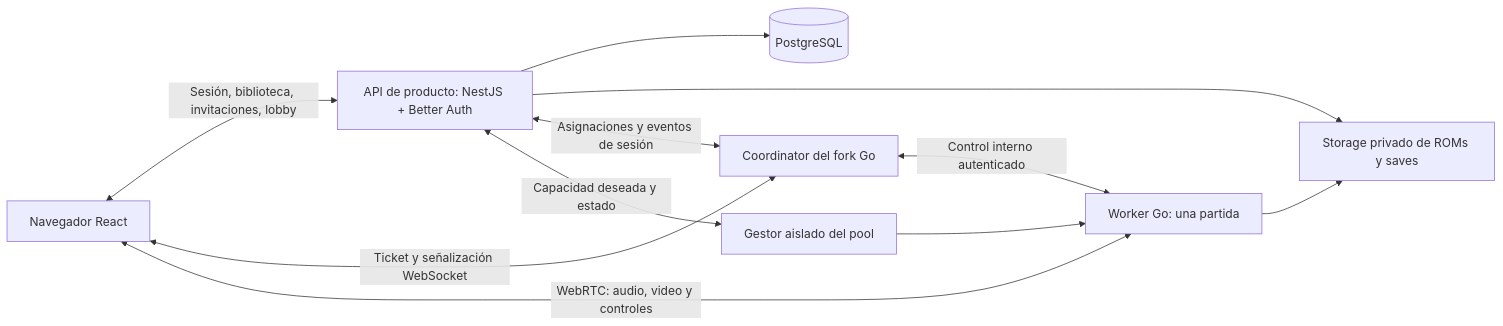
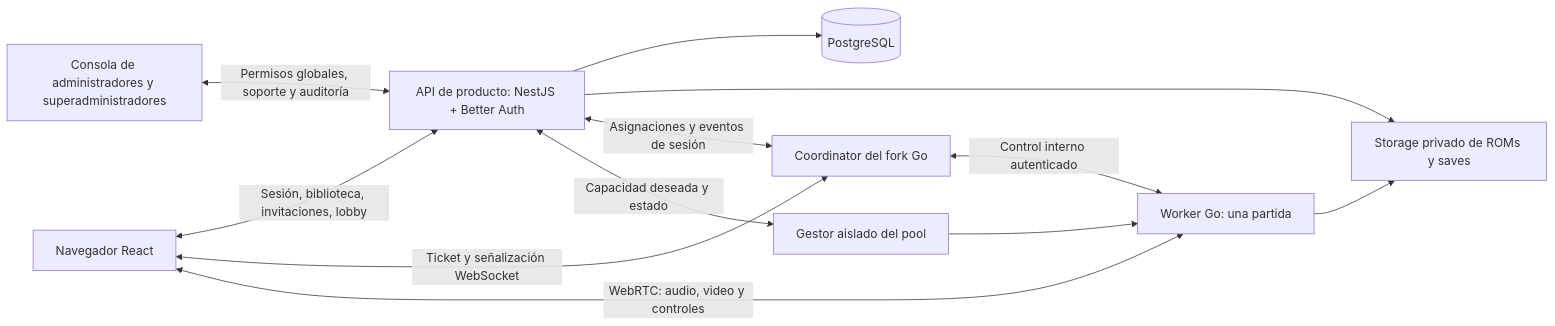
One commit to reck74/retroreck-backend changed the diagram in docs/retroreck/plan.md. Above: the diagram before and after it, drawn with Mermaid. The commit also changed other lines of this file and 5 other files, not shown here.

````diff
--- a/docs/retroreck/plan.md
+++ b/docs/retroreck/plan.md
@@ -37,13 +40,14 @@
 ```mermaid
 flowchart LR
   Browser[Navegador React] <-->|Sesión, biblioteca, invitaciones, lobby| Product[API de producto: NestJS + Better Auth]
+  Staff[Consola de administradores y superadministradores] <-->|Permisos globales, soporte y auditoría| Product
   Product --> DB[(PostgreSQL)]
   Product --> Objects[Storage privado de ROMs y saves]
   Product <-->|Asignaciones y eventos de sesión| Coordinator[Coordinator del fork Go]
   Browser <-->|Ticket y señalización WebSocket| Coordinator
   Coordinator <-->|Control interno autenticado| Worker[Worker Go: una partida]
   Browser <-->|WebRTC: audio, video y controles| Worker
   Worker --> Objects
   Product <-->|Capacidad deseada y estado| Provisioner[Gestor aislado del pool]
   Provisioner --> Worker
 ```
````
